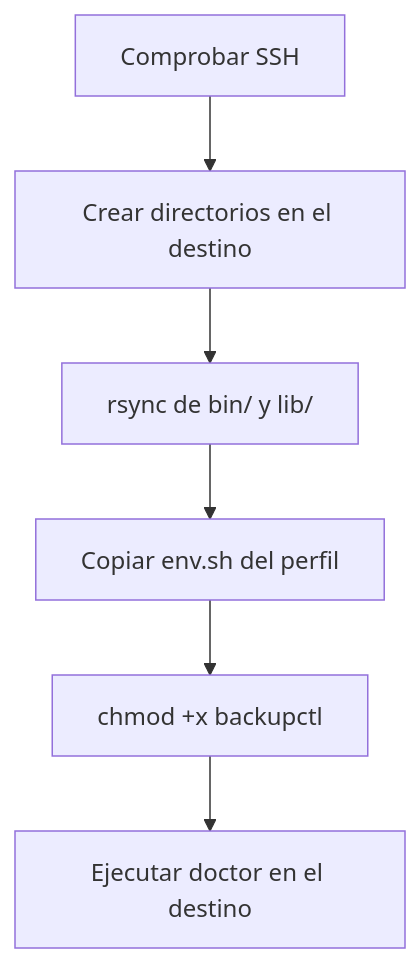
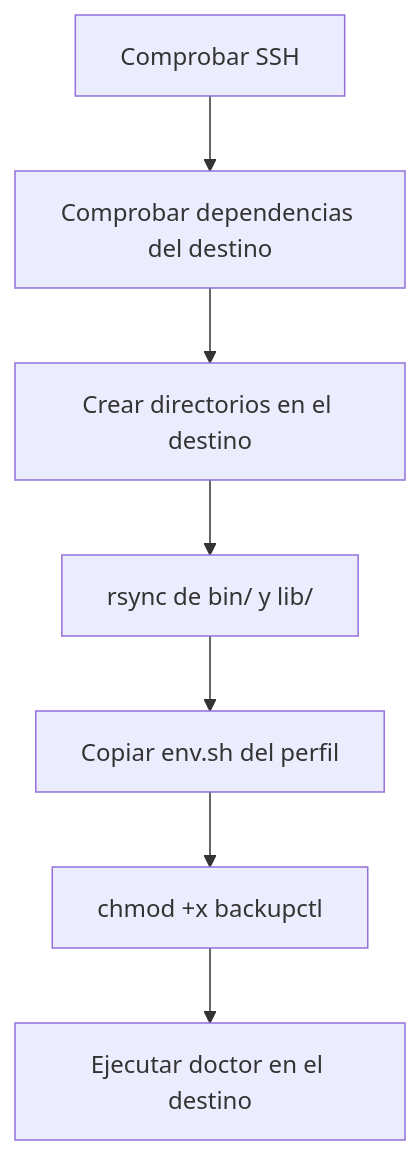
One commit to vmorantes/ServersBackupsPersonalUtility changed the diagram in docs/migracion/desplegar.md. Above: the diagram before and after it, drawn with Mermaid. The commit also changed other lines of this file and 3 other files, not shown here.

````diff
--- a/docs/migracion/desplegar.md
+++ b/docs/migracion/desplegar.md
@@ -28,8 +51,9 @@
 ```mermaid
 graph TD
-    A[Comprobar SSH] --> B[Crear directorios en el destino]
+    A[Comprobar SSH] --> A2[Comprobar dependencias del destino]
+    A2 --> B[Crear directorios en el destino]
     B --> C[rsync de bin/ y lib/]
     C --> D[Copiar env.sh del perfil]
     D --> E[chmod +x backupctl]
     E --> F[Ejecutar doctor en el destino]
 ```
````
